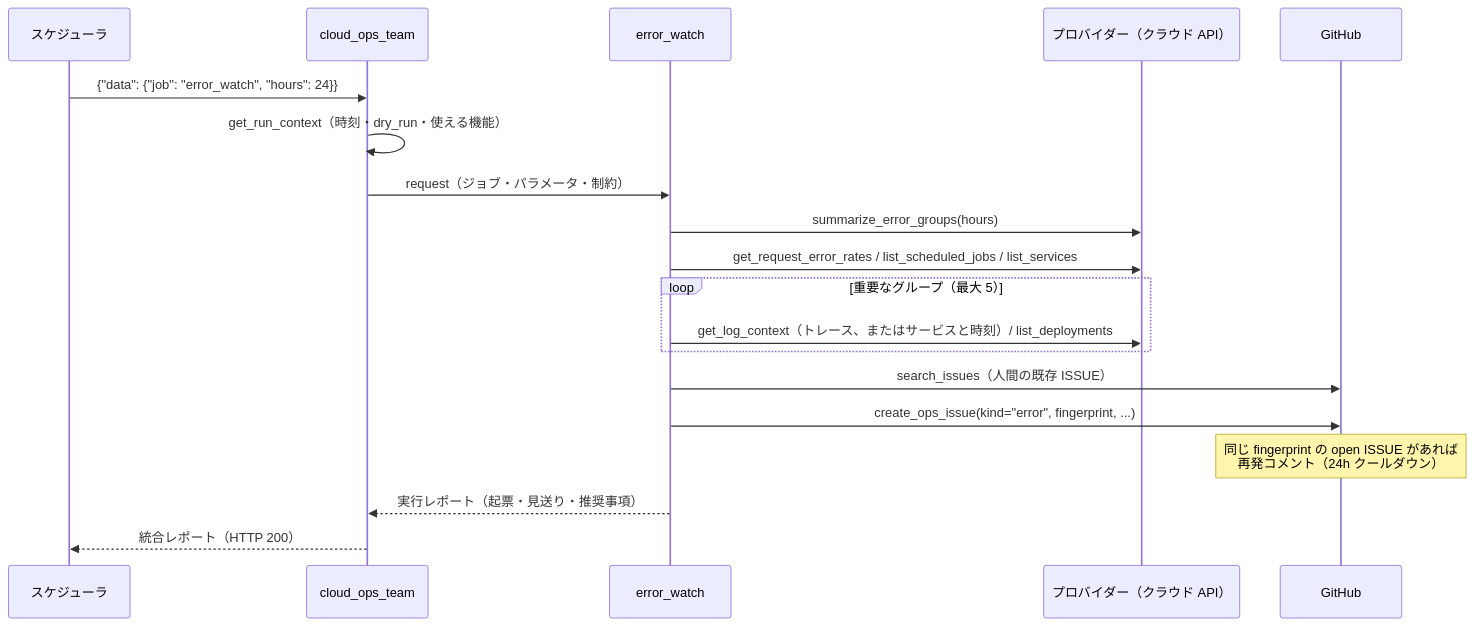
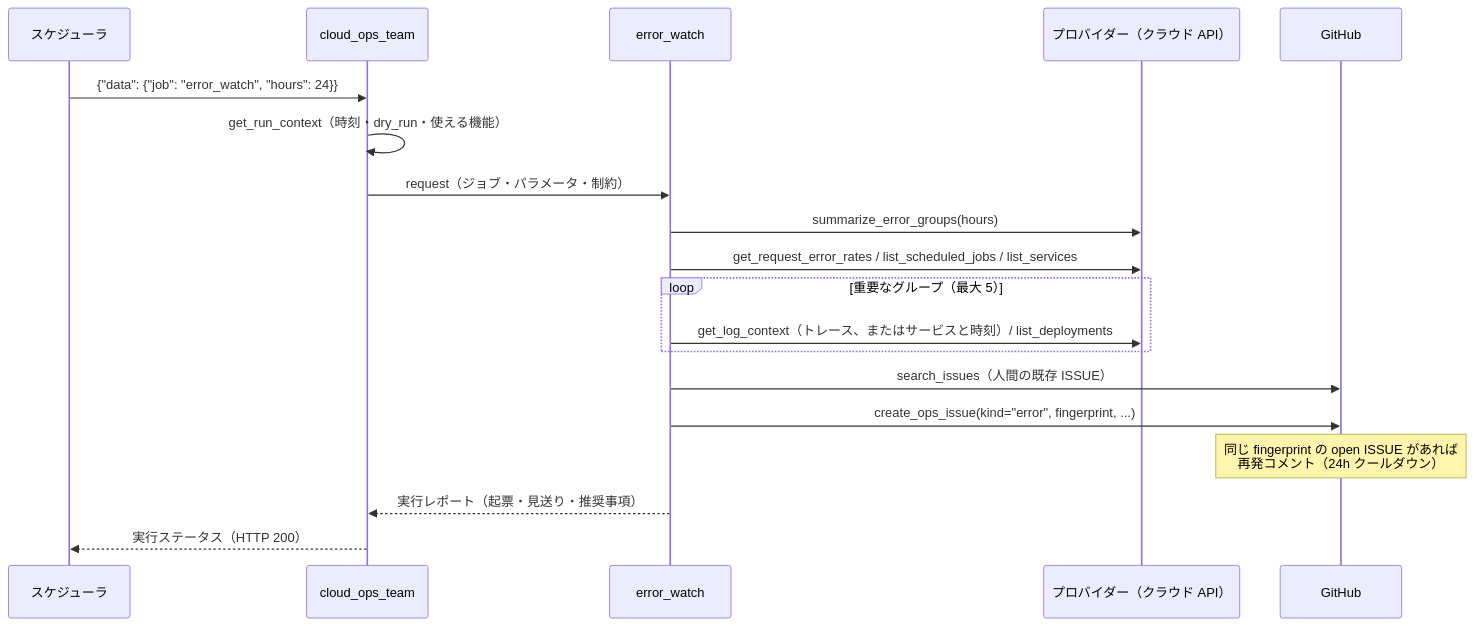
One commit to atsuki-sakai/cloud-ops-team changed the third of 4 diagrams in docs/architecture.md. Above: the diagram before and after it, drawn with Mermaid. The commit also changed other lines of this file and 17 other files, not shown here.

````diff
--- a/docs/architecture.md
+++ b/docs/architecture.md
@@ -231,21 +236,21 @@
 ```mermaid
 sequenceDiagram
     participant S as スケジューラ
     participant R as cloud_ops_team
     participant E as error_watch
     participant C as プロバイダー（クラウド API）
     participant G as GitHub
     S->>R: {"data": {"job": "error_watch", "hours": 24}}
     R->>R: get_run_context（時刻・dry_run・使える機能）
     R->>E: request（ジョブ・パラメータ・制約）
     E->>C: summarize_error_groups(hours)
     E->>C: get_request_error_rates / list_scheduled_jobs / list_services
     loop 重要なグループ（最大 5）
         E->>C: get_log_context（トレース、またはサービスと時刻）/ list_deployments
     end
     E->>G: search_issues（人間の既存 ISSUE）
     E->>G: create_ops_issue(kind="error", fingerprint, ...)
     Note over G: 同じ fingerprint の open ISSUE があれば<br/>再発コメント（24h クールダウン）
     E-->>R: 実行レポート（起票・見送り・推奨事項）
-    R-->>S: 統合レポート（HTTP 200）
+    R-->>S: 実行ステータス（HTTP 200）
 ```
````
